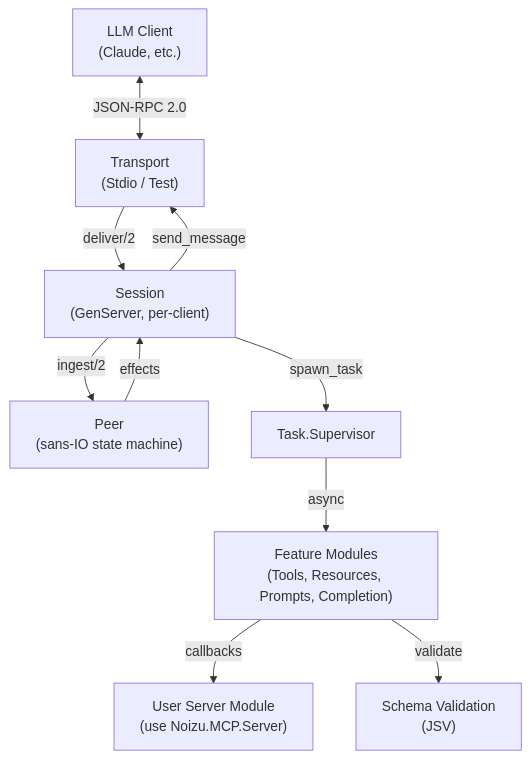
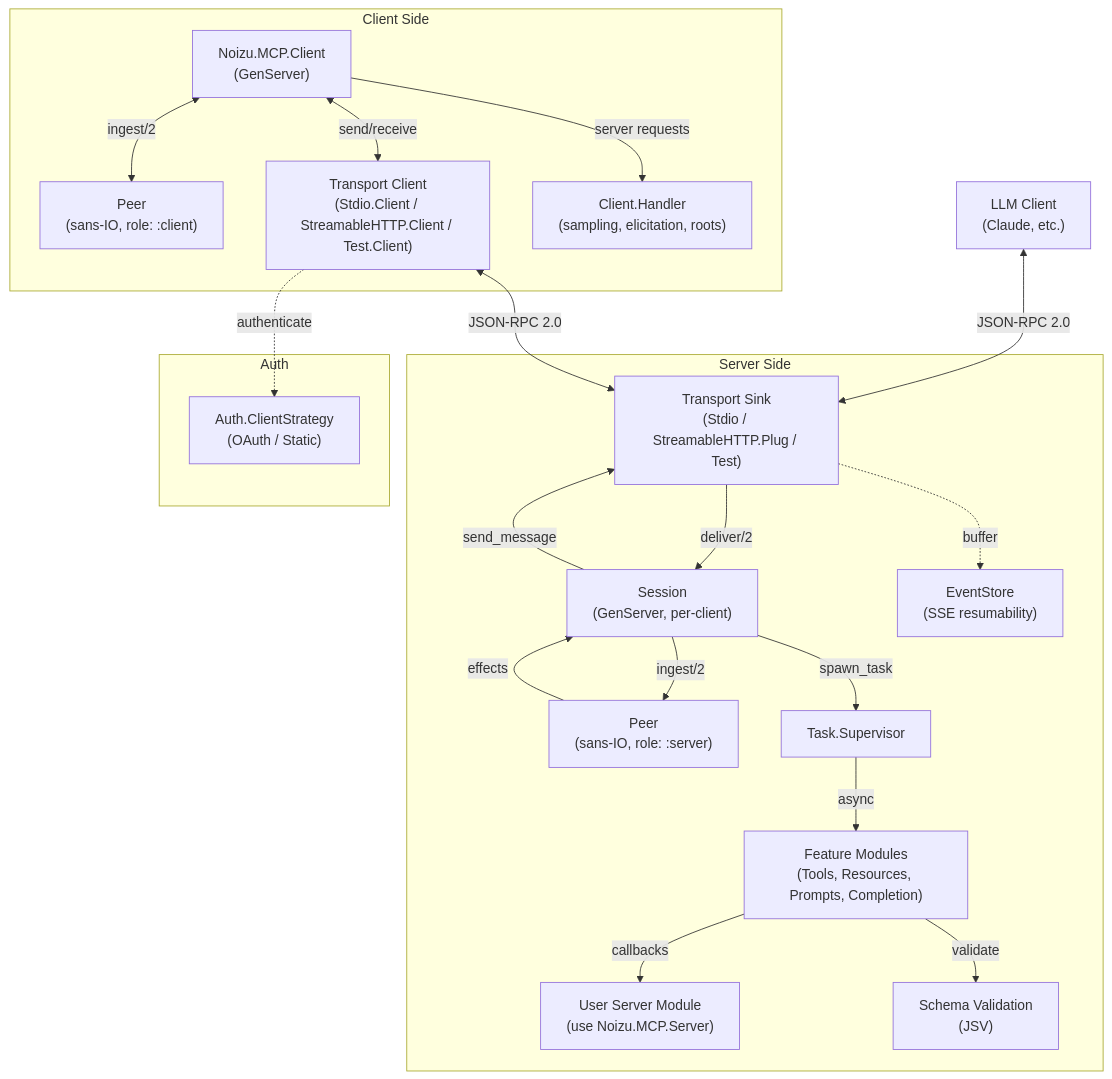
The diagram in docs/PROJ-ARCH.md (noizu-labs-ml/elixir-mcp-lib), drawn with Mermaid before and after one commit. The commit also changed other lines of this file and 2201 other files, not shown here.

````diff
--- a/docs/PROJ-ARCH.md
+++ b/docs/PROJ-ARCH.md
@@ -9,21 +9,43 @@
 ```mermaid
 graph TB
-    Client["LLM Client<br/>(Claude, etc.)"]
-    Transport["Transport<br/>(Stdio / Test)"]
-    Session["Session<br/>(GenServer, per-client)"]
-    Peer["Peer<br/>(sans-IO state machine)"]
-    Features["Feature Modules<br/>(Tools, Resources, Prompts, Completion)"]
-    UserServer["User Server Module<br/>(use Noizu.MCP.Server)"]
-    TaskSup["Task.Supervisor"]
-    Schema["Schema Validation<br/>(JSV)"]
+    LLM["LLM Client<br/>(Claude, etc.)"]
 
-    Client <-->|JSON-RPC 2.0| Transport
-    Transport -->|deliver/2| Session
-    Session -->|ingest/2| Peer
-    Peer -->|effects| Session
+    subgraph "Server Side"
+        STransport["Transport Sink<br/>(Stdio / StreamableHTTP.Plug / Test)"]
+        Session["Session<br/>(GenServer, per-client)"]
+        SPeer["Peer<br/>(sans-IO, role: :server)"]
+        Features["Feature Modules<br/>(Tools, Resources, Prompts, Completion)"]
+        UserServer["User Server Module<br/>(use Noizu.MCP.Server)"]
+        EventStore["EventStore<br/>(SSE resumability)"]
+        TaskSup["Task.Supervisor"]
+        Schema["Schema Validation<br/>(JSV)"]
+    end
+
+    subgraph "Client Side"
+        Client["Noizu.MCP.Client<br/>(GenServer)"]
+        CPeer["Peer<br/>(sans-IO, role: :client)"]
+        CTransport["Transport Client<br/>(Stdio.Client / StreamableHTTP.Client / Test.Client)"]
+        Handler["Client.Handler<br/>(sampling, elicitation, roots)"]
+    end
+
+    subgraph "Auth"
+        AuthStrategy["Auth.ClientStrategy<br/>(OAuth / Static)"]
+    end
+
+    LLM <-->|JSON-RPC 2.0| STransport
+    STransport -->|deliver/2| Session
+    Session -->|ingest/2| SPeer
+    SPeer -->|effects| Session
     Session -->|spawn_task| TaskSup
     TaskSup -->|async| Features
     Features -->|callbacks| UserServer
     Features -->|validate| Schema
-    Session -->|send_message| Transport
+    Session -->|send_message| STransport
+    STransport -.->|buffer| EventStore
+
+    Client <-->|ingest/2| CPeer
+    Client <-->|send/receive| CTransport
+    CTransport <-->|JSON-RPC 2.0| STransport
+    Client -->|server requests| Handler
+    CTransport -.->|authenticate| AuthStrategy
 ```
````
